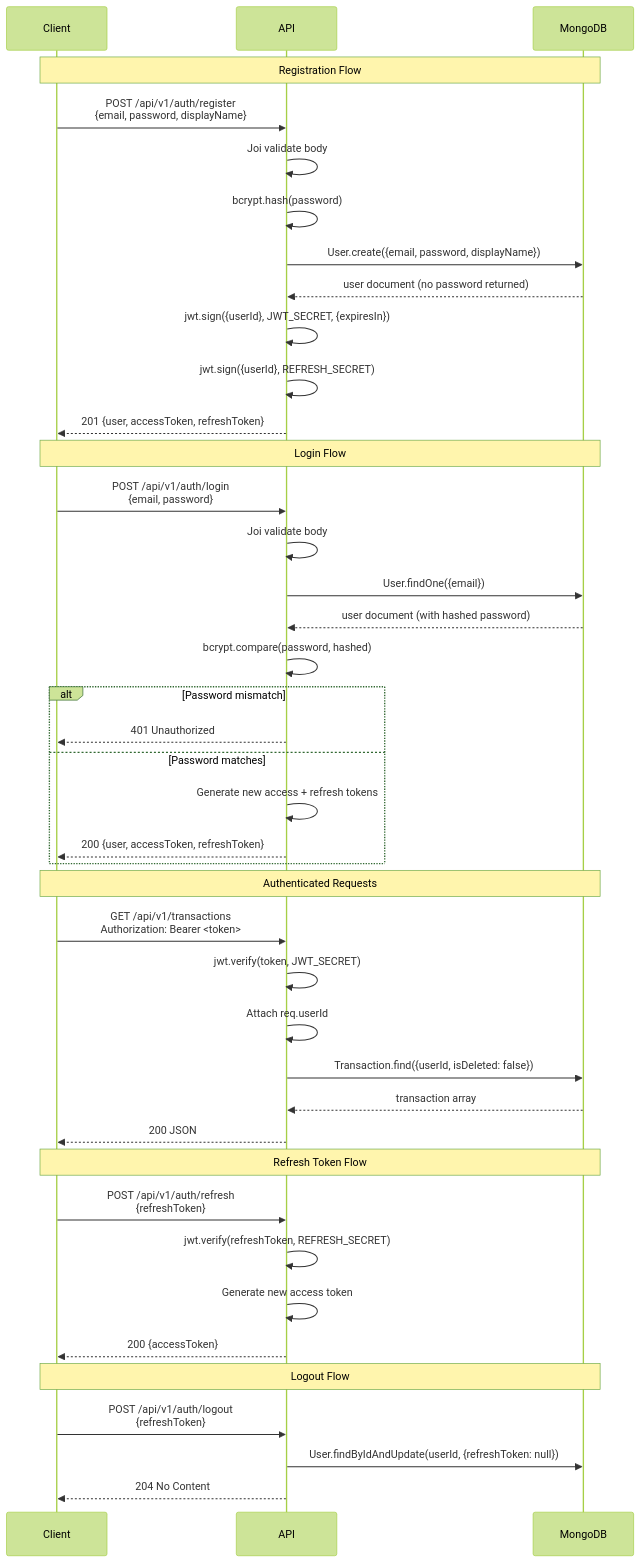
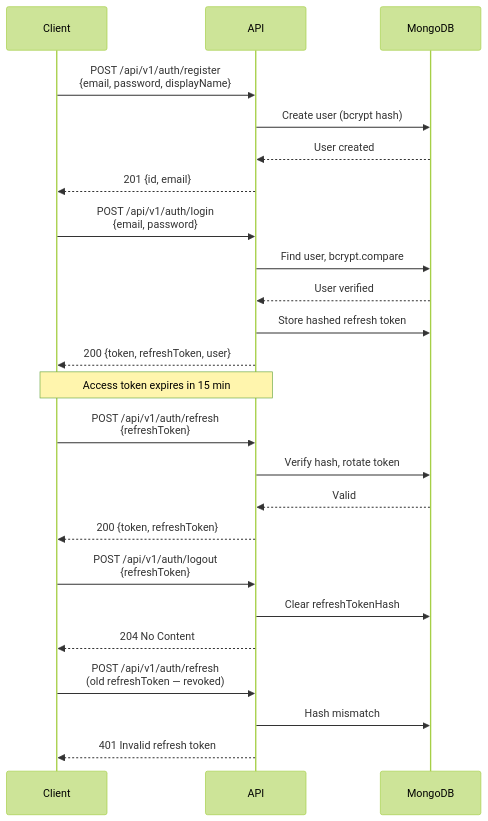
Before and after one commit to Colin-Stark/personal_budget: the second of 4 diagrams in README.md, drawn with Mermaid (forest theme). The commit also changed other lines of this file, not shown here.

First line of the commit message:
Revise README for Personal Budget API

````diff
--- a/README.md
+++ b/README.md
@@ -222,48 +54,32 @@
 ```mermaid
 sequenceDiagram
-    participant Client
-    participant API
+    participant C as Client
+    participant A as API
     participant DB as MongoDB
 
-    Note over Client,DB: Registration Flow
-    Client->>API: POST /api/v1/auth/register<br/>{email, password, displayName}
-    API->>API: Joi validate body
-    API->>API: bcrypt.hash(password)
-    API->>DB: User.create({email, password, displayName})
-    DB-->>API: user document (no password returned)
-    API->>API: jwt.sign({userId}, JWT_SECRET, {expiresIn})
-    API->>API: jwt.sign({userId}, REFRESH_SECRET)
-    API-->>Client: 201 {user, accessToken, refreshToken}
+    C->>A: POST /api/v1/auth/register<br/>{email, password, displayName}
+    A->>DB: Create user (bcrypt hash)
+    DB-->>A: User created
+    A-->>C: 201 {id, email}
 
-    Note over Client,DB: Login Flow
-    Client->>API: POST /api/v1/auth/login<br/>{email, password}
-    API->>API: Joi validate body
-    API->>DB: User.findOne({email})
-    DB-->>API: user document (with hashed password)
-    API->>API: bcrypt.compare(password, hashed)
-    alt Password mismatch
-        API-->>Client: 401 Unauthorized
-    else Password matches
-        API->>API: Generate new access + refresh tokens
-        API-->>Client: 200 {user, accessToken, refreshToken}
-    end
+    C->>A: POST /api/v1/auth/login<br/>{email, password}
+    A->>DB: Find user, bcrypt.compare
+    DB-->>A: User verified
+    A->>DB: Store hashed refresh token
+    A-->>C: 200 {token, refreshToken, user}
 
-    Note over Client,DB: Authenticated Requests
-    Client->>API: GET /api/v1/transactions<br/>Authorization: Bearer <token>
-    API->>API: jwt.verify(token, JWT_SECRET)
-    API->>API: Attach req.userId
-    API->>DB: Transaction.find({userId, isDeleted: false})
-    DB-->>API: transaction array
-    API-->>Client: 200 JSON
+    Note over C,A: Access token expires in 15 min
 
-    Note over Client,DB: Refresh Token Flow
-    Client->>API: POST /api/v1/auth/refresh<br/>{refreshToken}
-    API->>API: jwt.verify(refreshToken, REFRESH_SECRET)
-    API->>API: Generate new access token
-    API-->>Client: 200 {accessToken}
+    C->>A: POST /api/v1/auth/refresh<br/>{refreshToken}
+    A->>DB: Verify hash, rotate token
+    DB-->>A: Valid
+    A-->>C: 200 {token, refreshToken}
 
-    Note over Client,DB: Logout Flow
-    Client->>API: POST /api/v1/auth/logout<br/>{refreshToken}
-    API->>DB: User.findByIdAndUpdate(userId, {refreshToken: null})
-    API-->>Client: 204 No Content
+    C->>A: POST /api/v1/auth/logout<br/>{refreshToken}
+    A->>DB: Clear refreshTokenHash
+    A-->>C: 204 No Content
+
+    C->>A: POST /api/v1/auth/refresh<br/>(old refreshToken — revoked)
+    A->>DB: Hash mismatch
+    A-->>C: 401 Invalid refresh token
 ```
````
